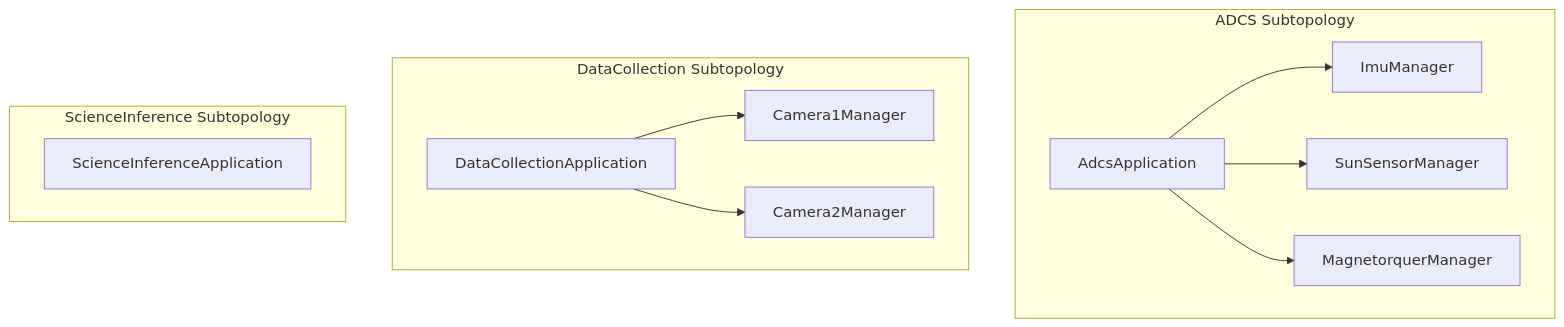
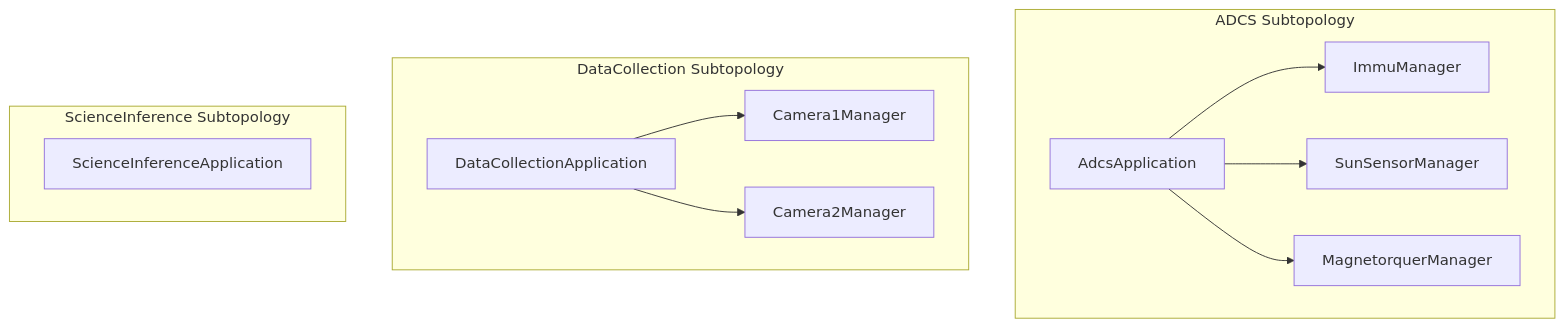
The first of 8 diagrams in docs/sdd.md (UWCubeSat/hs2-software-design), drawn with Mermaid before and after one commit. The commit also changed other lines of this file and 14 other files, not shown here.

Commit message:
docs: resolve diagram and naming conflicts

````diff
--- a/docs/sdd.md
+++ b/docs/sdd.md
@@ -329,24 +329,24 @@
 ```mermaid
 flowchart TB
     subgraph ADCS["ADCS Subtopology"]
         AdcsApp["AdcsApplication"]
-        Imu["ImuManager"]
+        Imu["ImmuManager"]
         SunSensor["SunSensorManager"]
         Mtq["MagnetorquerManager"]
         AdcsApp --> Imu
         AdcsApp --> SunSensor
         AdcsApp --> Mtq
     end
 
     subgraph DC["DataCollection Subtopology"]
         DCApp["DataCollectionApplication"]
         Cam1["Camera1Manager"]
         Cam2["Camera2Manager"]
         DCApp --> Cam1
         DCApp --> Cam2
     end
 
     subgraph SI["ScienceInference Subtopology"]
         SIApp["ScienceInferenceApplication"]
     end
 ```
````
